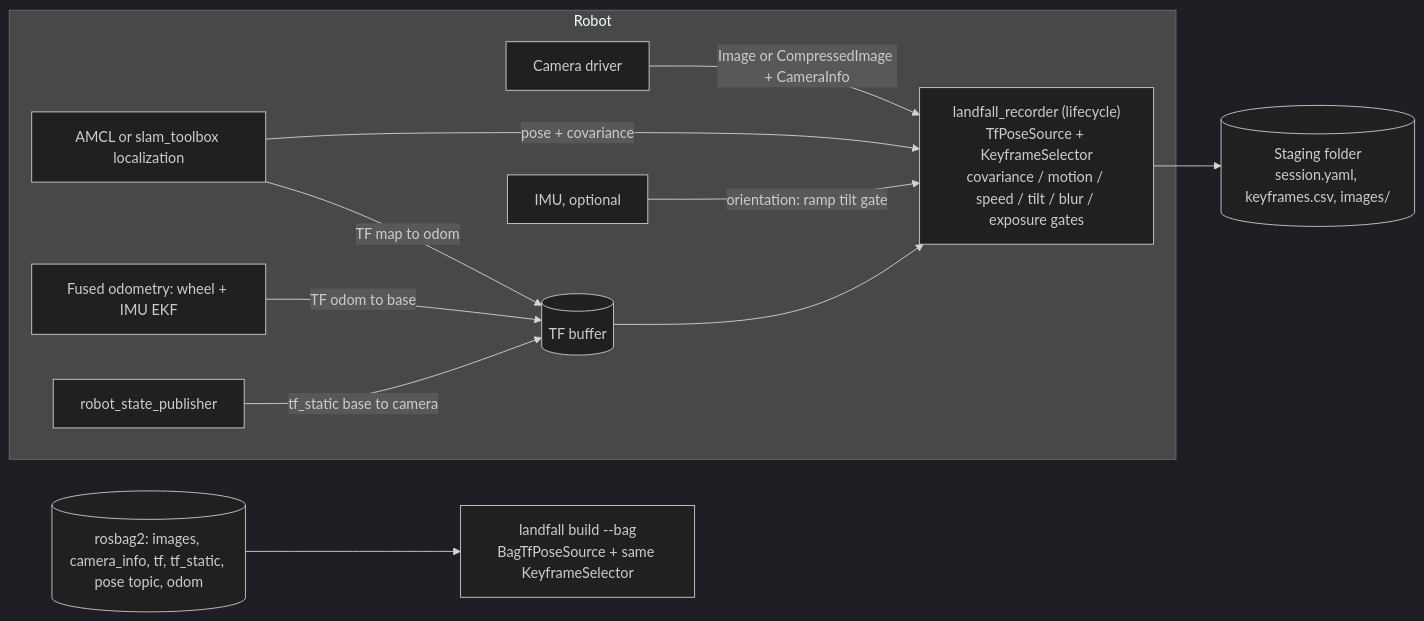
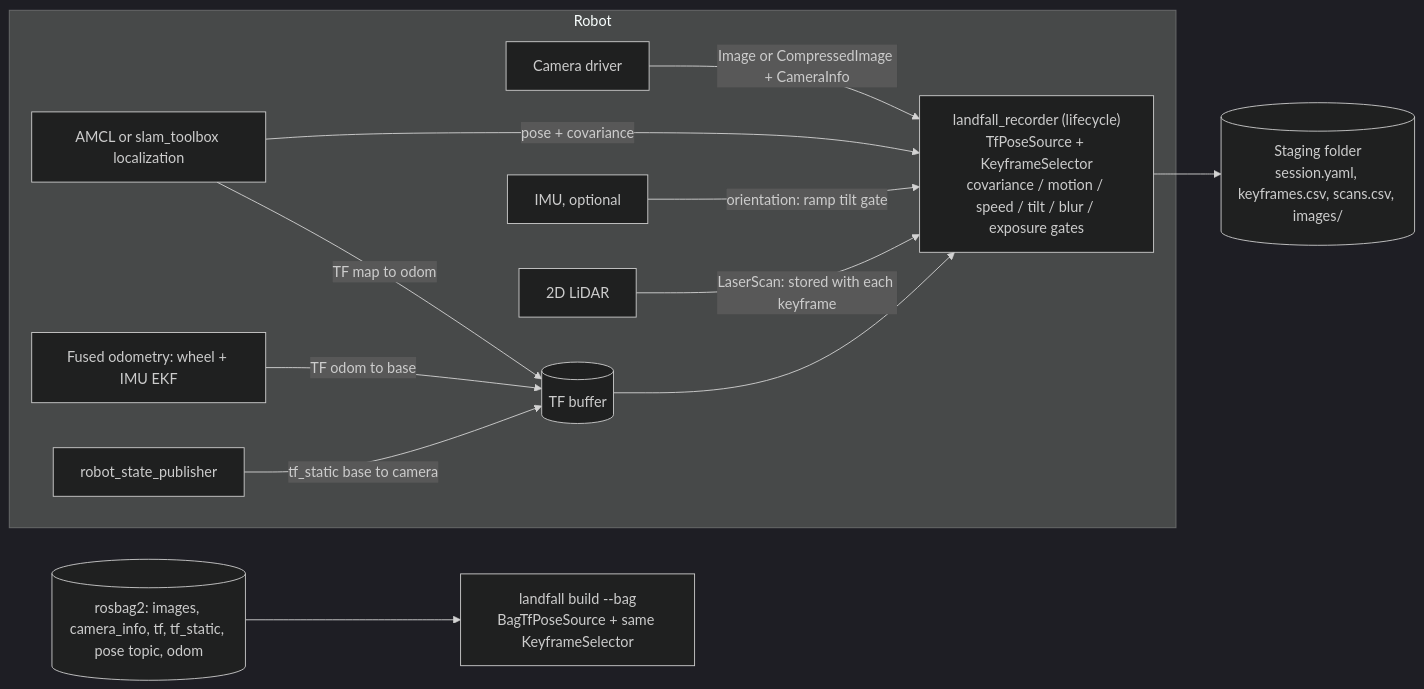
One commit to ali-pahlevani/Landfall changed the first of 3 diagrams in docs/PLAN.md. Above: the diagram before and after it, drawn with Mermaid (dark theme). The commit also changed other lines of this file and 35 other files, not shown here.

Commit message:
Fix 1 of the warehouse fixes is finished (keyframe poses from scan matching and odometry)

````diff
--- a/docs/PLAN.md
+++ b/docs/PLAN.md
@@ -482,14 +489,15 @@
 ```mermaid
 flowchart LR
   subgraph Robot
     CAM[Camera driver] -->|Image or CompressedImage + CameraInfo| REC
     LOC[AMCL or slam_toolbox localization] -->|pose + covariance| REC
     LOC -->|TF map to odom| TF[(TF buffer)]
     OD[Fused odometry: wheel + IMU EKF] -->|TF odom to base| TF
     IMU[IMU, optional] -->|orientation: ramp tilt gate| REC
+    LIDAR[2D LiDAR] -->|LaserScan: stored with each keyframe| REC
     RSP[robot_state_publisher] -->|tf_static base to camera| TF
     TF --> REC
   end
-  REC["landfall_recorder (lifecycle)<br/>TfPoseSource + KeyframeSelector<br/>covariance / motion / speed / tilt / blur / exposure gates"] --> STG[("Staging folder<br/>session.yaml, keyframes.csv, images/")]
+  REC["landfall_recorder (lifecycle)<br/>TfPoseSource + KeyframeSelector<br/>covariance / motion / speed / tilt / blur / exposure gates"] --> STG[("Staging folder<br/>session.yaml, keyframes.csv, scans.csv, images/")]
   BAG[("rosbag2: images, camera_info, tf, tf_static, pose topic, odom")] --> OFF["landfall build --bag<br/>BagTfPoseSource + same KeyframeSelector"]
 ```
````
